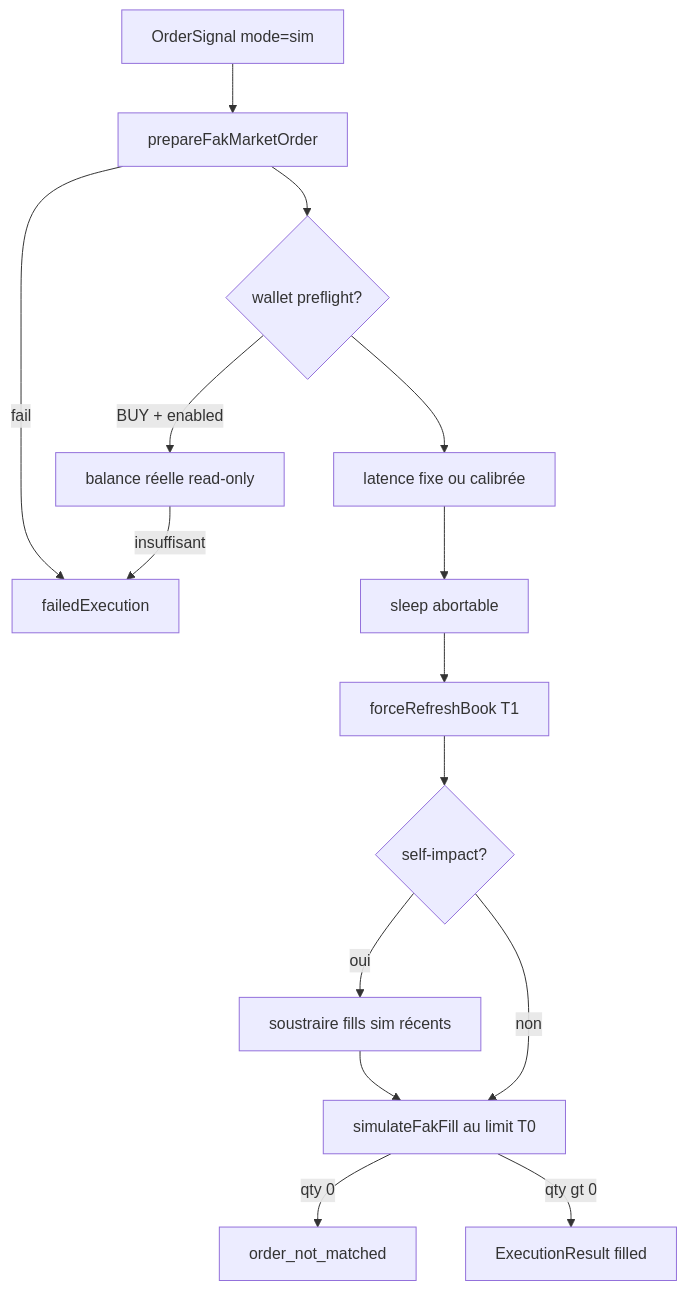
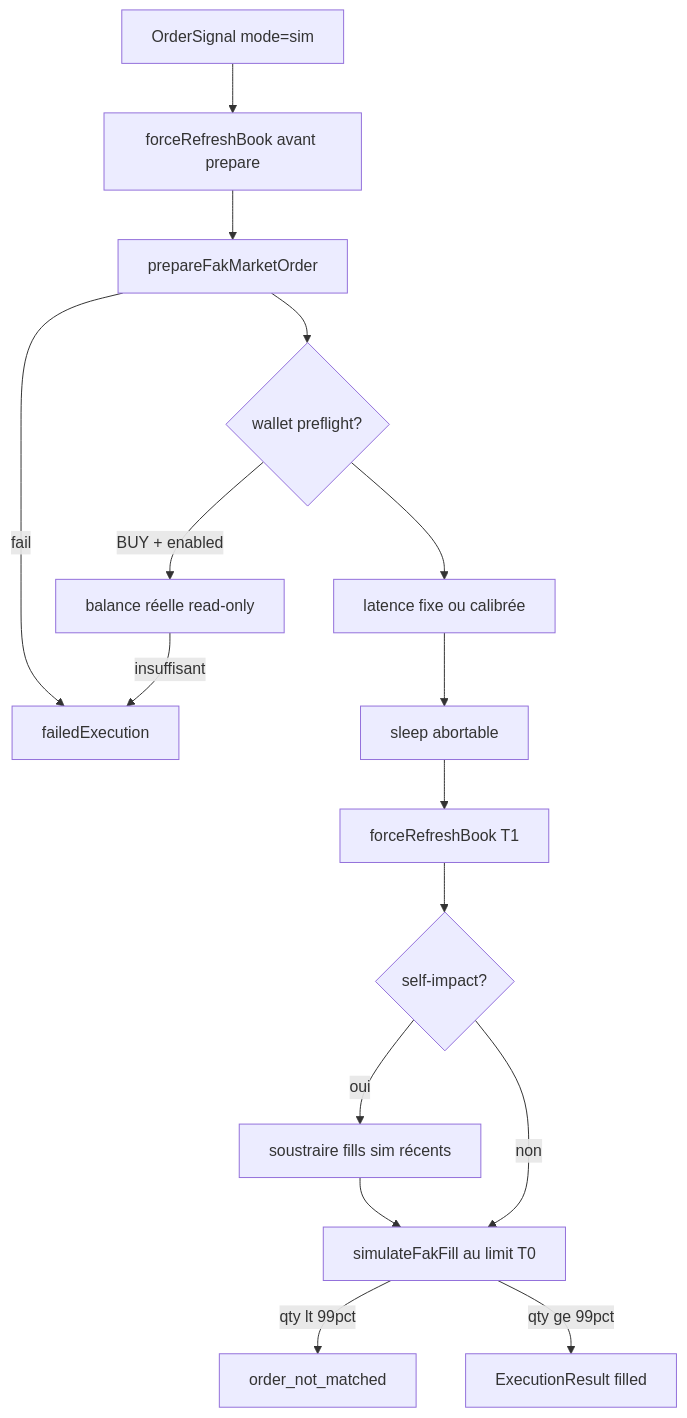
Before and after one commit to Lucas-dev-974/polywatch: the diagram in docs/reference/simulation-execution.md, drawn with Mermaid. The commit also changed other lines of this file and 8 other files, not shown here.

First line of the commit message:
docs: weather remaining-work (cash PnL, empty-book skip, execution clock)

````diff
--- a/docs/reference/simulation-execution.md
+++ b/docs/reference/simulation-execution.md
@@ -7,17 +7,18 @@
 ```mermaid
 flowchart TD
-  signal[OrderSignal mode=sim] --> prepare[prepareFakMarketOrder]
+  signal[OrderSignal mode=sim] --> refresh0[forceRefreshBook avant prepare]
+  refresh0 --> prepare[prepareFakMarketOrder]
   prepare -->|fail| reject[failedExecution]
   prepare --> preflight{wallet preflight?}
   preflight -->|BUY + enabled| wallet[balance réelle read-only]
   wallet -->|insuffisant| reject
   preflight --> latency[latence fixe ou calibrée]
   latency --> sleep[sleep abortable]
   sleep --> t1[forceRefreshBook T1]
   t1 --> impact{self-impact?}
   impact -->|oui| consume[soustraire fills sim récents]
   consume --> fak[simulateFakFill au limit T0]
   impact -->|non| fak
-  fak -->|qty 0| notMatched[order_not_matched]
-  fak -->|qty gt 0| finalize[ExecutionResult filled]
+  fak -->|qty lt 99pct| notMatched[order_not_matched]
+  fak -->|qty ge 99pct| finalize[ExecutionResult filled]
 ```
````
